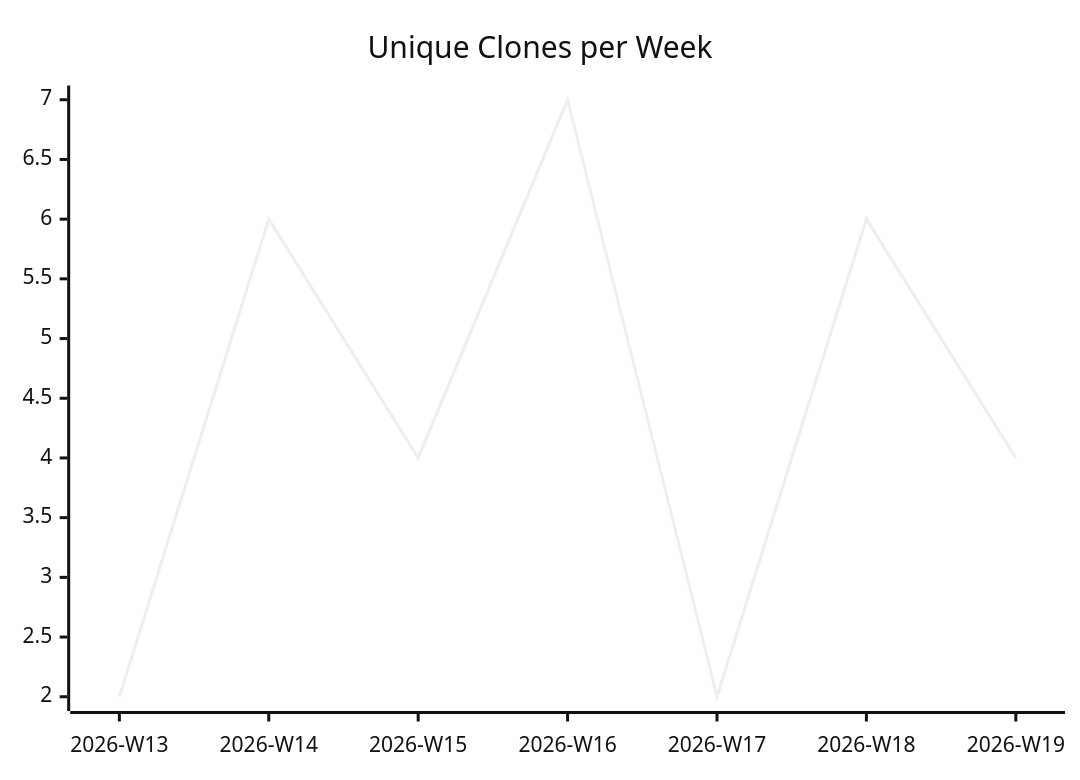
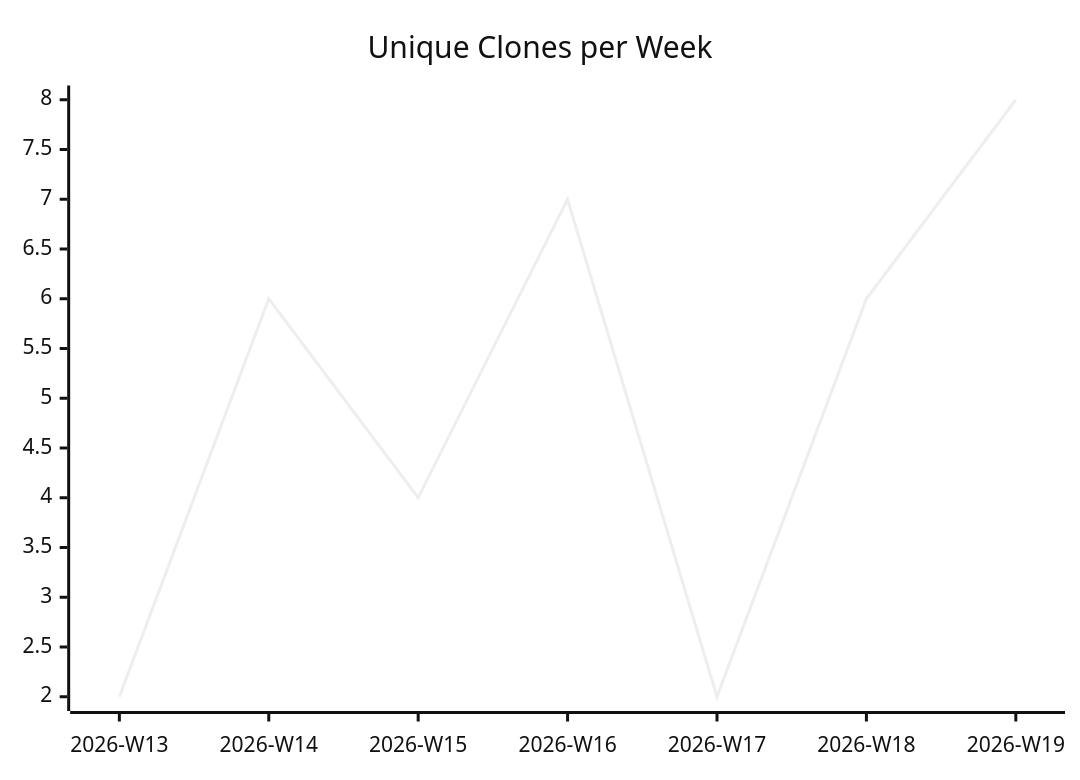
Before and after one commit to justdavis-family/github-analytics-data: the third of 3 diagrams in karlmdavis/obsidian-operator/README.md, drawn with Mermaid (neutral theme). The commit also changed other lines of this file and 177 other files, not shown here.

````diff
--- a/karlmdavis/obsidian-operator/README.md
+++ b/karlmdavis/obsidian-operator/README.md
@@ -19,6 +19,6 @@
 ```mermaid
 xychart-beta
   title "Unique Clones per Week"
   x-axis ["2026-W13", "2026-W14", "2026-W15", "2026-W16", "2026-W17", "2026-W18", "2026-W19"]
-  line [2, 6, 4, 7, 2, 6, 4]
+  line [2, 6, 4, 7, 2, 6, 8]
 ```
````
